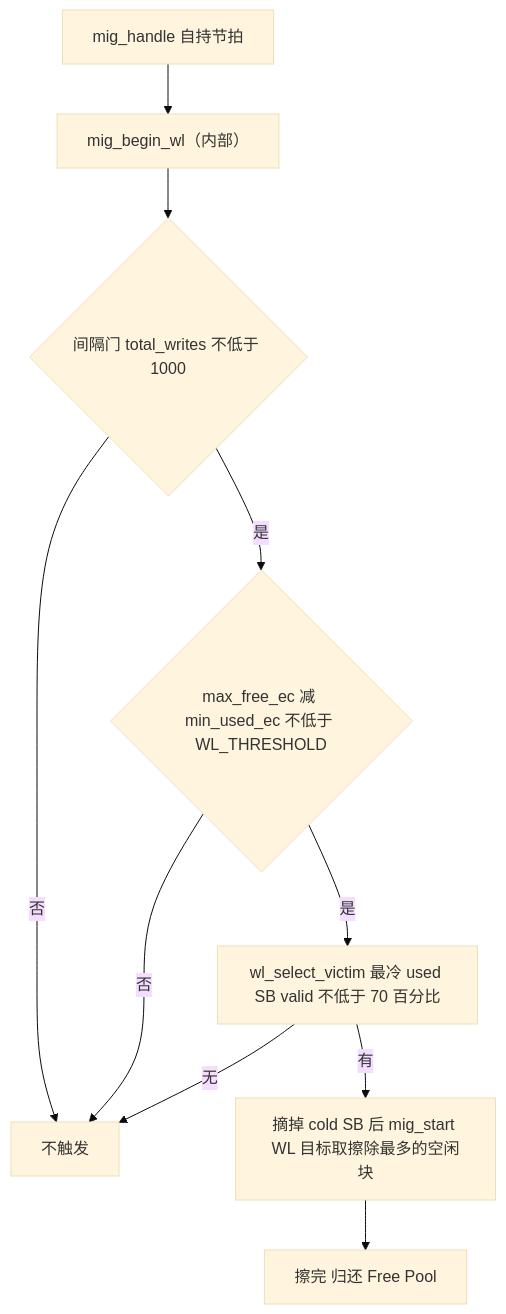
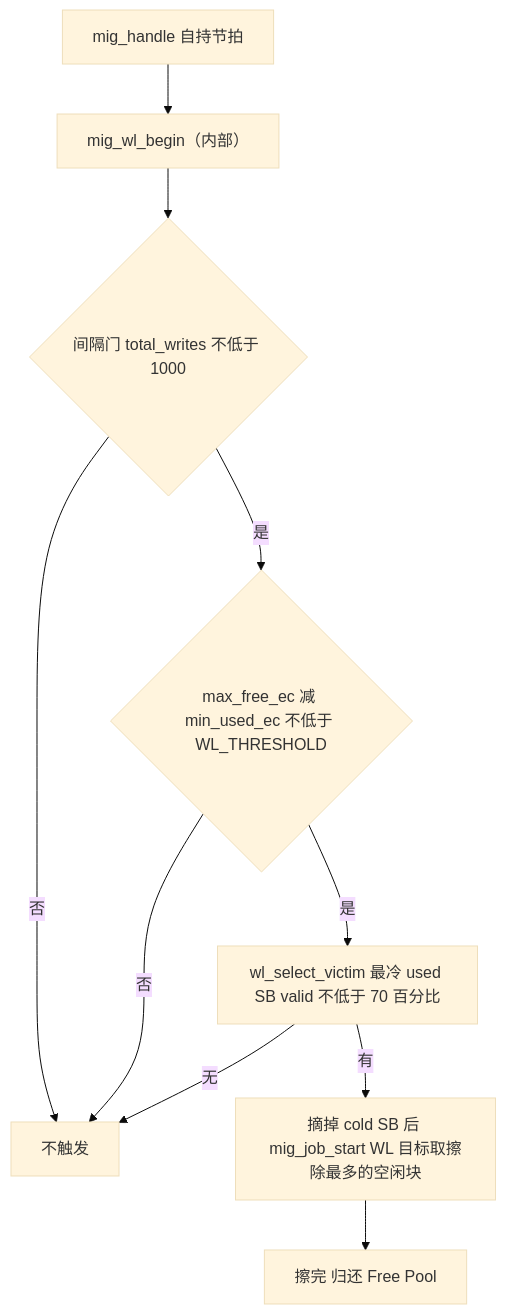
One commit to YzYMIAO/BASESSD changed the ninth of 32 diagrams in docs/design/ftl_design.md. Above: the diagram before and after it, drawn with Mermaid (base theme). The commit also changed other lines of this file and 11 other files, not shown here.

````diff
--- a/docs/design/ftl_design.md
+++ b/docs/design/ftl_design.md
@@ -1595,12 +1595,12 @@
 ```mermaid
 flowchart TD
-    W1["mig_handle 自持节拍"] --> W2["mig_begin_wl（内部）"]
+    W1["mig_handle 自持节拍"] --> W2["mig_wl_begin（内部）"]
     W2 --> W3{"间隔门 total_writes 不低于 1000"}
     W3 -- "否" --> W0["不触发"]
     W3 -- "是" --> W4{"max_free_ec 减 min_used_ec 不低于 WL_THRESHOLD"}
     W4 -- "否" --> W0
     W4 -- "是" --> W5["wl_select_victim 最冷 used SB valid 不低于 70 百分比"]
     W5 -- "无" --> W0
-    W5 -- "有" --> W6["摘掉 cold SB 后 mig_start WL 目标取擦除最多的空闲块"]
+    W5 -- "有" --> W6["摘掉 cold SB 后 mig_job_start WL 目标取擦除最多的空闲块"]
     W6 --> W7["擦完 归还 Free Pool"]
 ```
````
